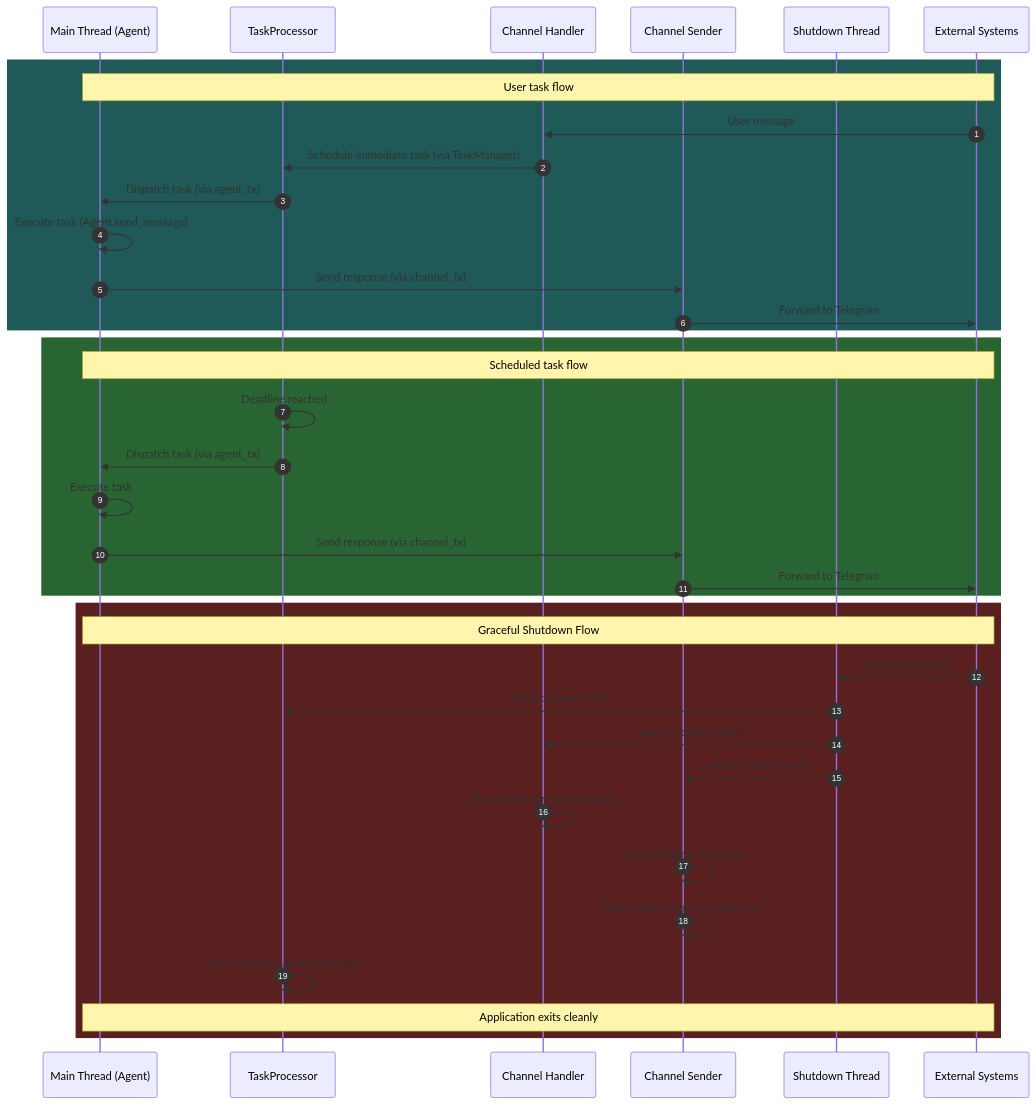
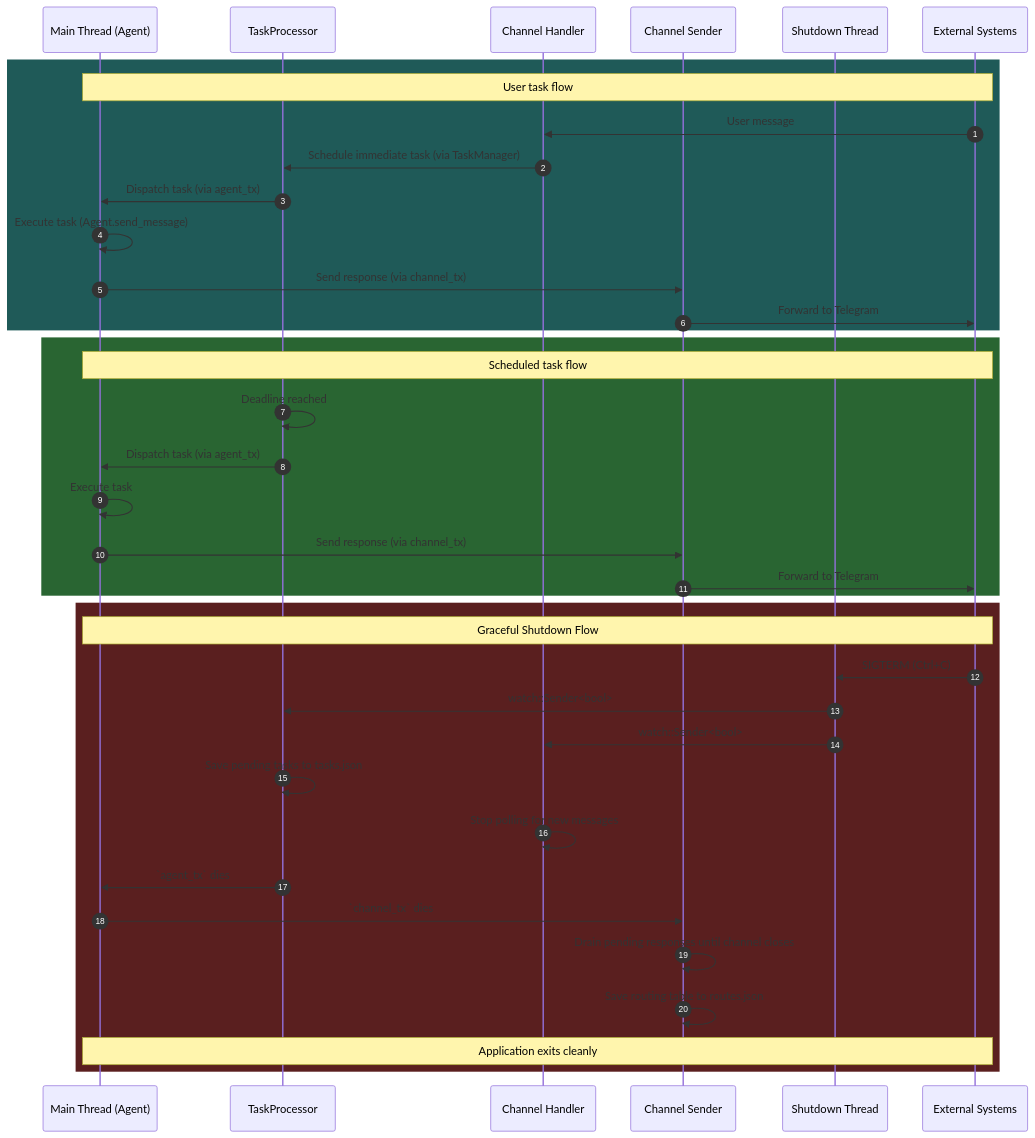
The diagram in STRUCTURE.md (zydtiger/yoclaw), drawn with Mermaid before and after one commit. The commit also changed other lines of this file, not shown here.

````diff
--- a/STRUCTURE.md
+++ b/STRUCTURE.md
@@ -211,42 +198,43 @@
 ```mermaid
 sequenceDiagram
     autonumber
     participant P1 as Main Thread (Agent)
     participant P2 as TaskProcessor
     participant P3 as Channel Handler
     participant P4 as Channel Sender
     participant P5 as Shutdown Thread
     participant External as External Systems
 
     rect rgb(31, 90, 88)
         Note over P1, External: User task flow
         External->>P3: User message
         P3->>P2: Schedule immediate task (via TaskManager)
         P2->>P1: Dispatch task (via agent_tx)
         P1->>P1: Execute task (Agent.send_message)
         P1->>P4: Send response (via channel_tx)
         P4->>External: Forward to Telegram
     end
 
     rect rgb(41, 101, 50)
         Note over P1, External: Scheduled task flow
         P2->>P2: Deadline reached
         P2->>P1: Dispatch task (via agent_tx)
         P1->>P1: Execute task
         P1->>P4: Send response (via channel_tx)
         P4->>External: Forward to Telegram
     end
 
     rect rgb(90, 31, 31)
         Note over P1, External: Graceful Shutdown Flow
         External->>P5: SIGTERM (Ctrl+C)
         P5->>P2: watch::Sender<bool>
         P5->>P3: watch::Sender<bool>
-        P5->>P4: watch::Sender<bool>
+        P2->>P2: Save pending tasks to tasks.json
         P3->>P3: Stop polling for new messages
-        P4->>P4: Drain pending responses
+        P2->>P1: `agent_tx` dies
+        P1->>P4: `channel_tx` dies
+        P4->>P4: Drain pending responses until channel closes
         P4->>P4: Save routing table to routes.json
-        P2->>P2: Save pending tasks to tasks.json
         Note over P1, External: Application exits cleanly
     end
 ```
````
